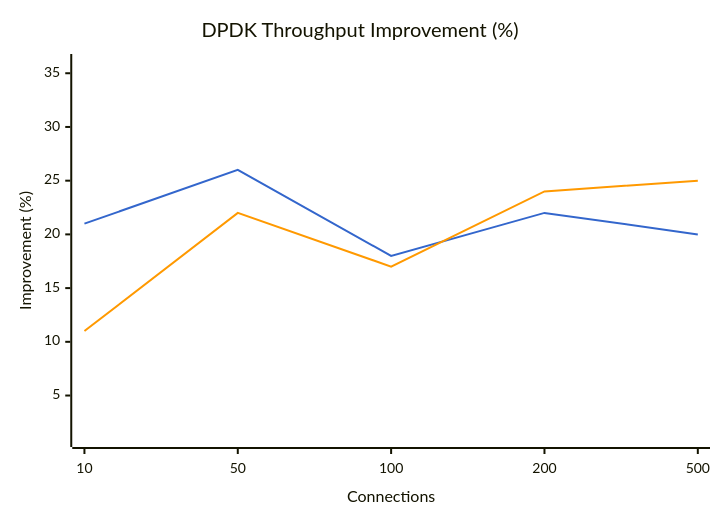
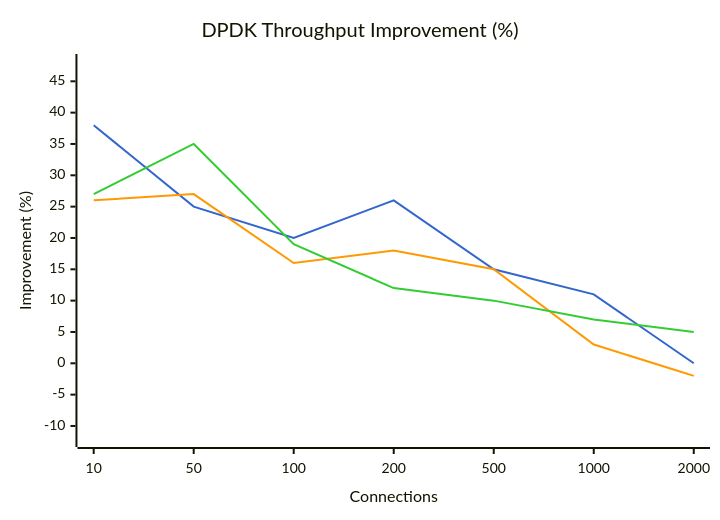
Before and after one commit to youyuanwu/bypass-misc: the third of 6 diagrams in docs/Bench/Azure/Standard_D2s_v5.md, drawn with Mermaid. The commit also changed other lines of this file and 15 other files, not shown here.

````diff
--- a/docs/Bench/Azure/Standard_D2s_v5.md
+++ b/docs/Bench/Azure/Standard_D2s_v5.md
@@ -71,14 +86,15 @@
 ```mermaid
 ---
 config:
     themeVariables:
         xyChart:
-            plotColorPalette: "#3366cc, #ff9900"
+            plotColorPalette: "#3366cc, #ff9900, #33cc33"
 ---
 xychart-beta
     title "DPDK Throughput Improvement (%)"
-    x-axis "Connections" [10, 50, 100, 200, 500]
-    y-axis "Improvement (%)" 1 --> 36
-    line "vs tokio" [21, 26, 18, 22, 20]
-    line "vs tokio-local" [11, 22, 17, 24, 25]
+    x-axis "Connections" [10, 50, 100, 200, 500, 1000, 2000]
+    y-axis "Improvement (%)" -12 --> 48
+    line "vs tokio" [38, 25, 20, 26, 15, 11, 0]
+    line "vs tokio-local" [26, 27, 16, 18, 15, 3, -2]
+    line "vs kimojio" [27, 35, 19, 12, 10, 7, 5]
 ```
````
